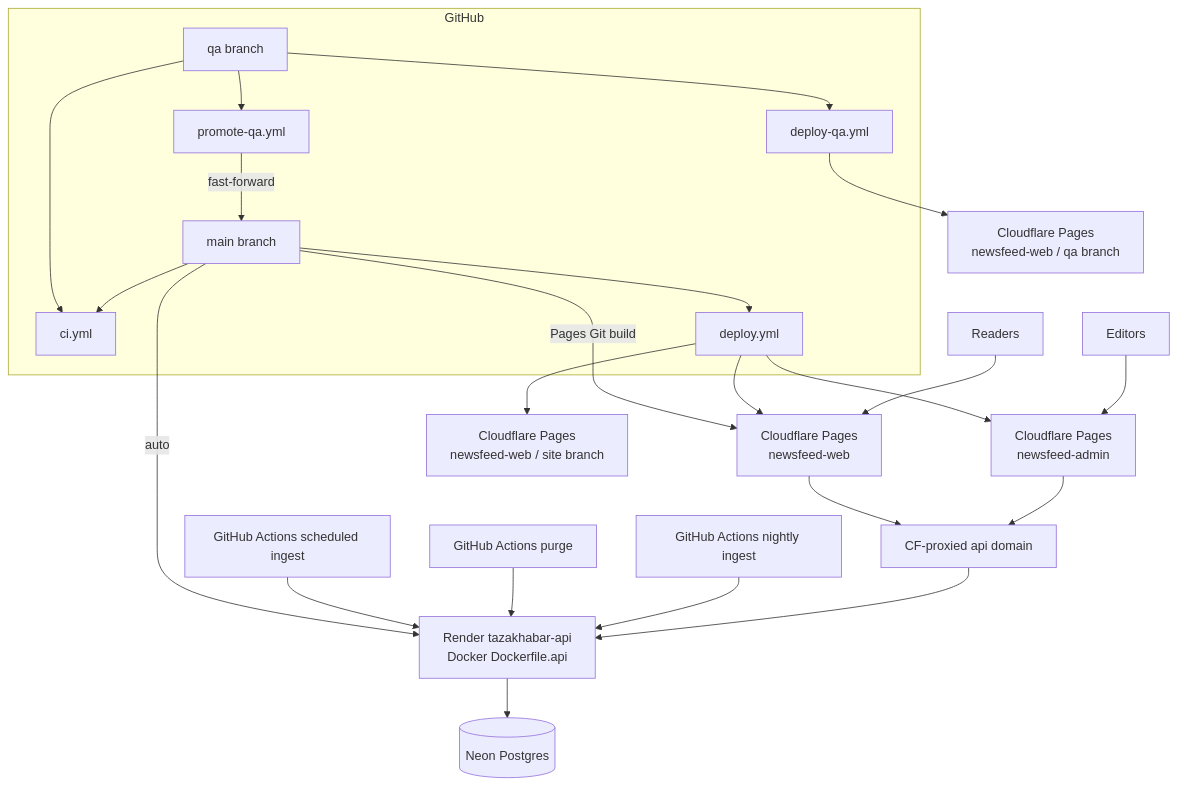
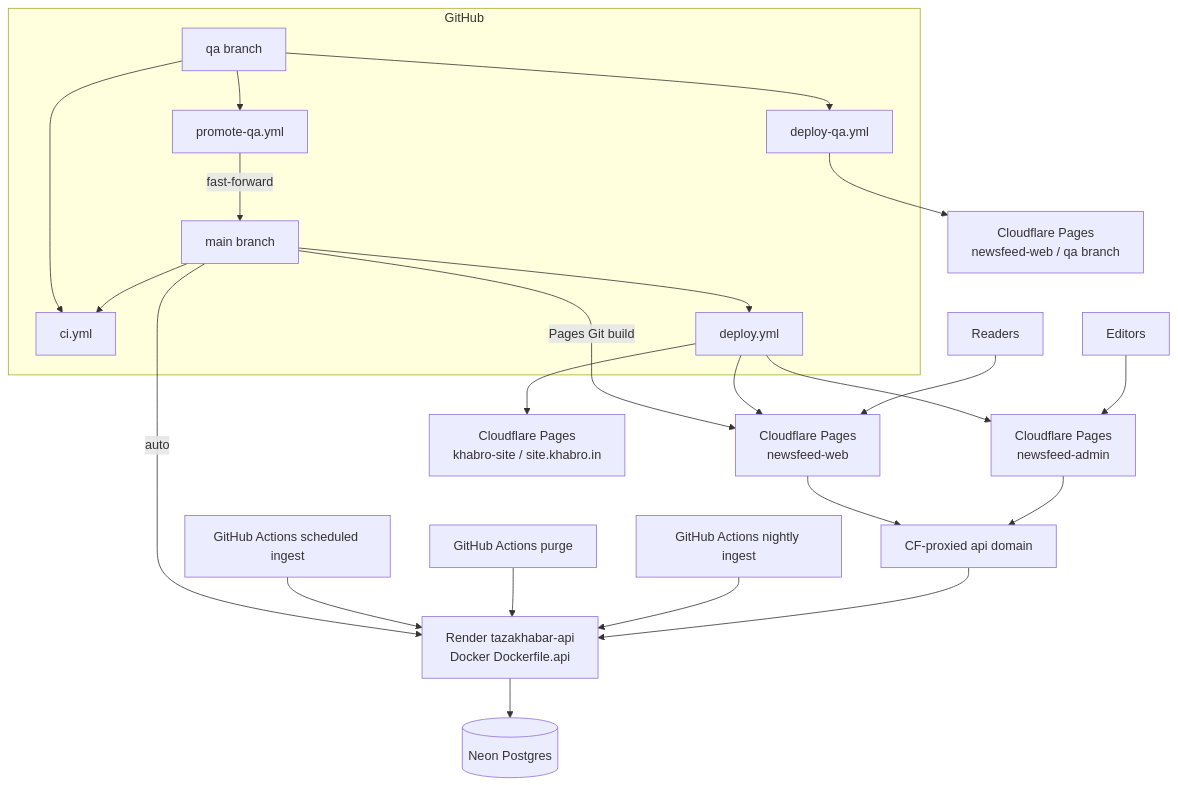
One commit to sshivanshg/TAZAkhabar changed the diagram in docs/architecture/08-hosting-and-ci.md. Above: the diagram before and after it, drawn with Mermaid. The commit also changed other lines of this file and 16 other files, not shown here.

````diff
--- a/docs/architecture/08-hosting-and-ci.md
+++ b/docs/architecture/08-hosting-and-ci.md
@@ -17,33 +17,33 @@
 ```mermaid
 flowchart TB
   subgraph gh [GitHub]
     QA[qa branch]
     Main[main branch]
     CI[ci.yml]
     Deploy[deploy.yml]
     DeployQA[deploy-qa.yml]
     PromoteQA[promote-qa.yml]
   end
 
   QA --> CI
   QA --> DeployQA
   QA --> PromoteQA
   PromoteQA -->|fast-forward| Main
   Main --> CI
   Main -->|auto| Render[Render tazakhabar-api<br/>Docker Dockerfile.api]
   Main --> Deploy
   Main -->|Pages Git build| PagesWeb[Cloudflare Pages<br/>newsfeed-web]
   Deploy --> PagesWeb
   DeployQA --> PagesWebQA[Cloudflare Pages<br/>newsfeed-web / qa branch]
-  Deploy --> PagesSite[Cloudflare Pages<br/>newsfeed-web / site branch]
+  Deploy --> PagesSite[Cloudflare Pages<br/>khabro-site / site.khabro.in]
   Deploy --> PagesAdmin[Cloudflare Pages<br/>newsfeed-admin]
   Render --> Neon[(Neon Postgres)]
   GHAIngest[GitHub Actions scheduled ingest] --> Render
   GHAPurge[GitHub Actions purge] --> Render
   CronDaily[GitHub Actions nightly ingest] --> Render
   Readers[Readers] --> PagesWeb
   Editors[Editors] --> PagesAdmin
   PagesWeb --> CFAPI[CF-proxied api domain]
   PagesAdmin --> CFAPI
   CFAPI --> Render
 ```
````
